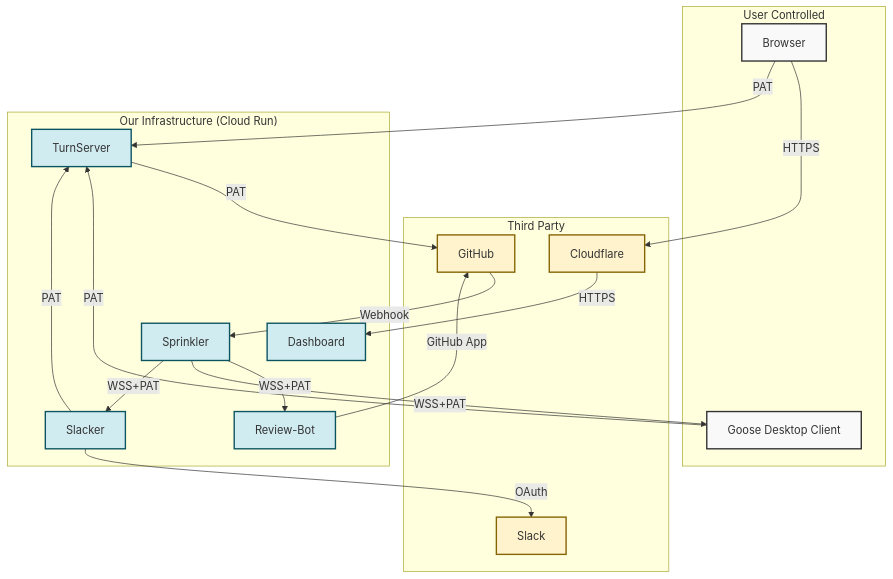
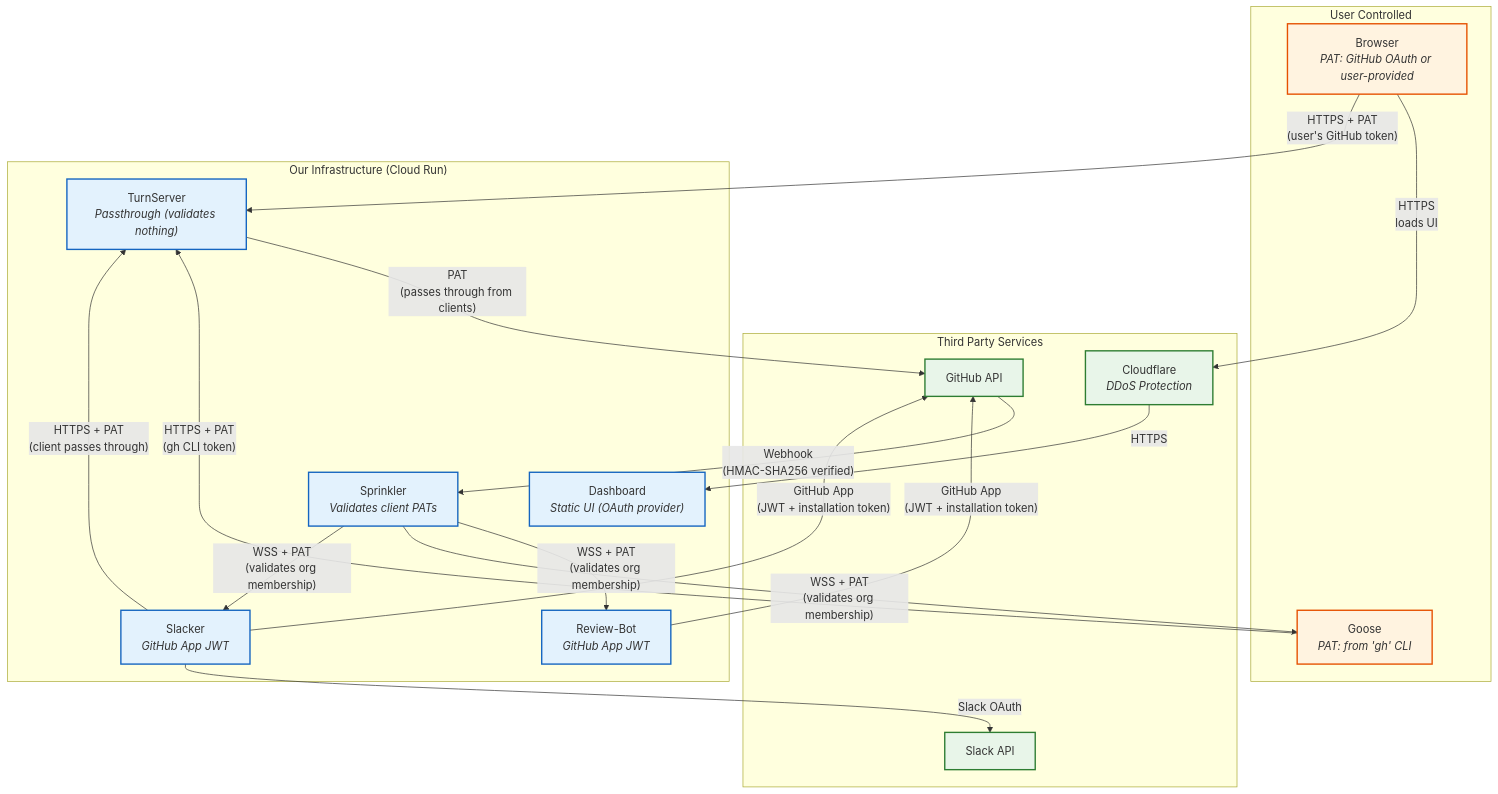
Before and after one commit to codeGROOVE-dev/architecture: the third of 3 diagrams in README.md, drawn with Mermaid. The commit also changed other lines of this file, not shown here.

Commit message:
better security info

````diff
--- a/README.md
+++ b/README.md
@@ -141,46 +141,48 @@
 ```mermaid
 flowchart TB
-    subgraph "User Controlled"
-        Browser["Browser"]
-        Goose["Goose Desktop Client"]
+    subgraph UC["User Controlled"]
+        Browser["Browser<br/><i>PAT: GitHub OAuth or user-provided</i>"]
+        Goose["Goose<br/><i>PAT: from 'gh' CLI</i>"]
     end
 
-    subgraph "Third Party"
-        GitHub["GitHub"]
-        Slack["Slack"]
-        CF["Cloudflare"]
+    subgraph TP["Third Party Services"]
+        GitHub["GitHub API"]
+        Slack["Slack API"]
+        CF["Cloudflare<br/><i>DDoS Protection</i>"]
     end
 
-    subgraph "Our Infrastructure (Cloud Run)"
-        Dashboard["Dashboard"]
-        Sprinkler["Sprinkler"]
-        ReviewBot["Review-Bot"]
-        Slacker["Slacker"]
-        TurnServer["TurnServer"]
+    subgraph OI["Our Infrastructure (Cloud Run)"]
+        Dashboard["Dashboard<br/><i>Static UI (OAuth provider)</i>"]
+        Sprinkler["Sprinkler<br/><i>Validates client PATs</i>"]
+        ReviewBot["Review-Bot<br/><i>GitHub App JWT</i>"]
+        Slacker["Slacker<br/><i>GitHub App JWT</i>"]
+        TurnServer["TurnServer<br/><i>Passthrough (validates nothing)</i>"]
     end
 
-    Browser -->|HTTPS| CF
+    Browser -->|"HTTPS<br/>loads UI"| CF
     CF -->|HTTPS| Dashboard
-    Browser -->|PAT| TurnServer
 
-    GitHub -->|Webhook| Sprinkler
-    Sprinkler -->|WSS+PAT| ReviewBot
-    Sprinkler -->|WSS+PAT| Goose
-    Sprinkler -->|WSS+PAT| Slacker
+    Browser -->|"HTTPS + PAT<br/>(user's GitHub token)"| TurnServer
+    Goose -->|"HTTPS + PAT<br/>(gh CLI token)"| TurnServer
+    Slacker -->|"HTTPS + PAT<br/>(client passes through)"| TurnServer
 
-    ReviewBot -->|GitHub App| GitHub
-    TurnServer -->|PAT| GitHub
+    GitHub -->|"Webhook<br/>(HMAC-SHA256 verified)"| Sprinkler
 
-    Goose -->|PAT| TurnServer
+    Sprinkler -->|"WSS + PAT<br/>(validates org membership)"| ReviewBot
+    Sprinkler -->|"WSS + PAT<br/>(validates org membership)"| Goose
+    Sprinkler -->|"WSS + PAT<br/>(validates org membership)"| Slacker
 
-    Slacker -->|PAT| TurnServer
-    Slacker -->|OAuth| Slack
+    ReviewBot -->|"GitHub App<br/>(JWT + installation token)"| GitHub
+    Slacker -->|"GitHub App<br/>(JWT + installation token)"| GitHub
+    TurnServer -->|"PAT<br/>(passes through from clients)"| GitHub
 
-    classDef user fill:#f9f9f9,stroke:#333,stroke-width:2px
-    classDef third fill:#fff3cd,stroke:#856404,stroke-width:2px
-    classDef ours fill:#d1ecf1,stroke:#0c5460,stroke-width:2px
+    Slacker -->|"Slack OAuth"| Slack
+
+    classDef user fill:#fff3e0,stroke:#e65100,stroke-width:2px
+    classDef third fill:#e8f5e9,stroke:#2e7d32,stroke-width:2px
+    classDef ours fill:#e3f2fd,stroke:#1565c0,stroke-width:2px
 
     class Browser,Goose user
     class GitHub,Slack,CF third
     class Dashboard,Sprinkler,ReviewBot,Slacker,TurnServer ours
 ```
````
